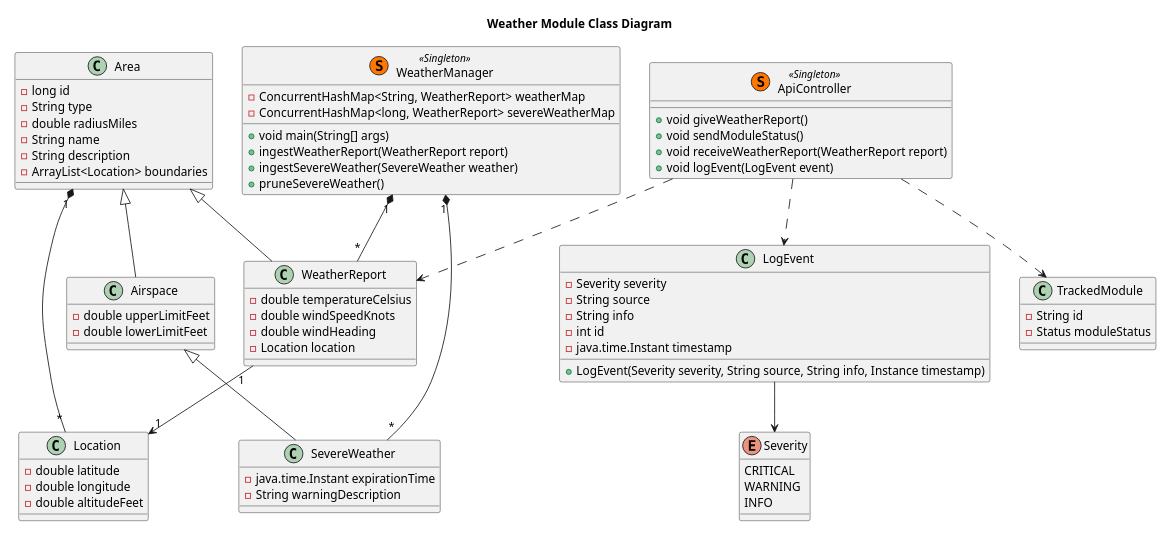
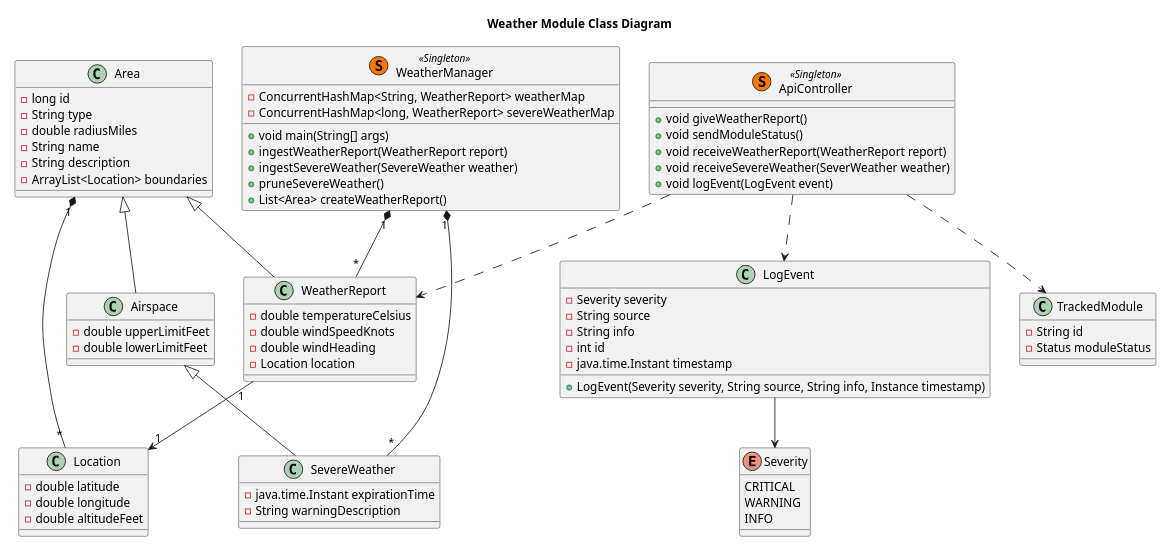
One commit to erikorlowski/cscie97 changed diagram 12 of 13 in cscie97/asn5/design.md. Above: the diagram before and after it, drawn with PlantUML. The commit also changed other lines of this file, not shown here.

Commit message:
Weather module.

```diff
--- a/cscie97/asn5/design.md
+++ b/cscie97/asn5/design.md
@@ -2880,6 +2889,7 @@
     + ingestWeatherReport(WeatherReport report)
     + ingestSevereWeather(SevereWeather weather)
     + pruneSevereWeather()
+    + List<Area> createWeatherReport()
 }
 
 WeatherManager "1" *-- "*" WeatherReport
@@ -2911,6 +2921,7 @@
     + void giveWeatherReport()
     + void sendModuleStatus()
     + void receiveWeatherReport(WeatherReport report)
+    + void receiveSevereWeather(SeverWeather weather)
     + void logEvent(LogEvent event)
 }
 
```
